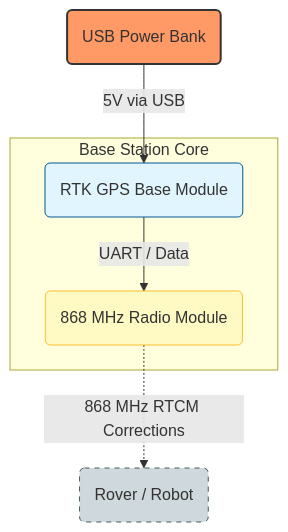
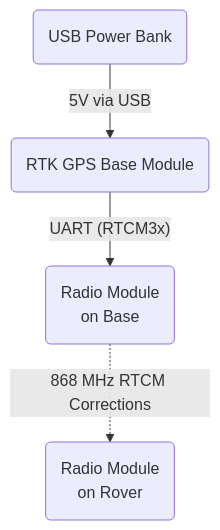
One commit to vBJohannes/RoadMarkerBot changed the third of 4 diagrams in README.md. Above: the diagram before and after it, drawn with Mermaid. The commit also changed other lines of this file, not shown here.

````diff
--- a/README.md
+++ b/README.md
@@ -100,23 +86,11 @@
 ```mermaid
 graph TD
     %% Power Source
     PB(USB Power Bank) -- "5V via USB" --> BASE_GPS(RTK GPS Base Module)
 
-    %% Data & Communication
-    subgraph Base_Unit [Base Station Core]
-        BASE_GPS
-        RADIO(868 MHz Radio Module)
-    end
-
     %% Internal Connection
-    BASE_GPS -- "UART / Data" --> RADIO
+    BASE_GPS -- "UART (RTCM3x)" --> RADIO(Radio Module<br>on Base)
 
     %% Wireless Output
-    RADIO -. "868 MHz RTCM Corrections" .-> ROVER(Rover / Robot)
-
-    %% Styling
-    style PB fill:#f96,stroke:#333,stroke-width:2px
-    style BASE_GPS fill:#e1f5fe,stroke:#01579b
-    style RADIO fill:#fff9c4,stroke:#fbc02d
-    style ROVER fill:#cfd8dc,stroke:#455a64,stroke-dasharray: 5 5
+    RADIO -. "868 MHz RTCM Corrections" .-> ROVER(Radio Module<br>on Rover)
 ```
````
